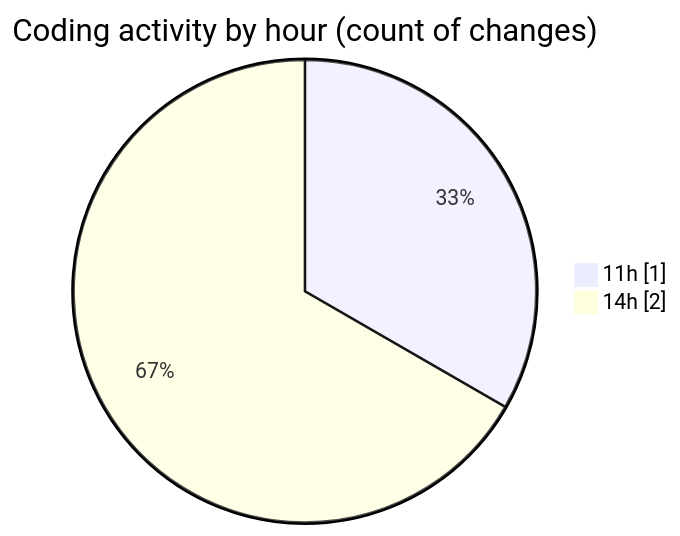
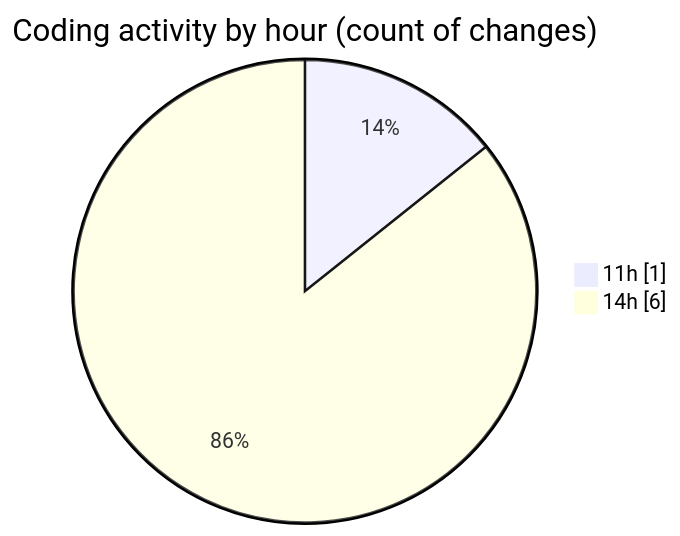
One commit to ricardozamudiocil/code-tracking changed the second of 2 diagrams in 2026-07-21/cilreports__workspace_/README.md. Above: the diagram before and after it, drawn with Mermaid. The commit also changed other lines of this file and 1 other file, not shown here.

````diff
--- a/2026-07-21/cilreports__workspace_/README.md
+++ b/2026-07-21/cilreports__workspace_/README.md
@@ -30,6 +30,6 @@
 ```mermaid
 pie showData
 title Coding activity by hour (count of changes)
 "11h" : 1
-"14h" : 2
+"14h" : 6
 ```
````
